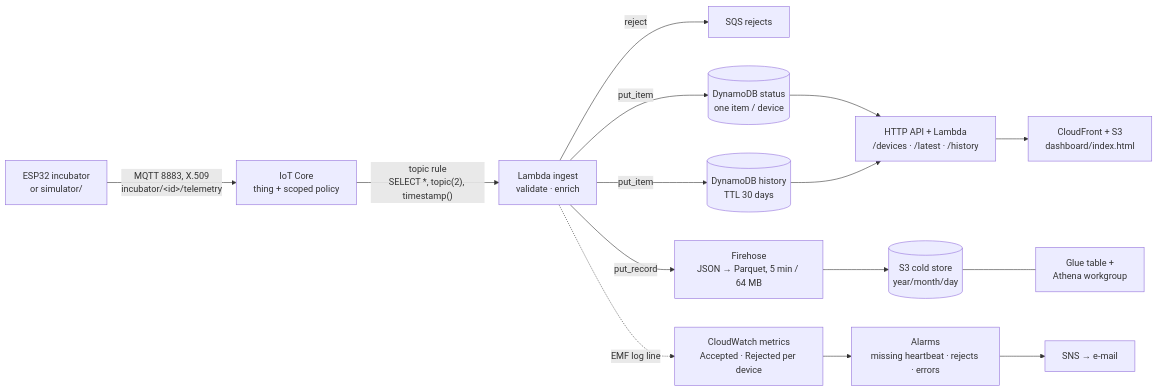
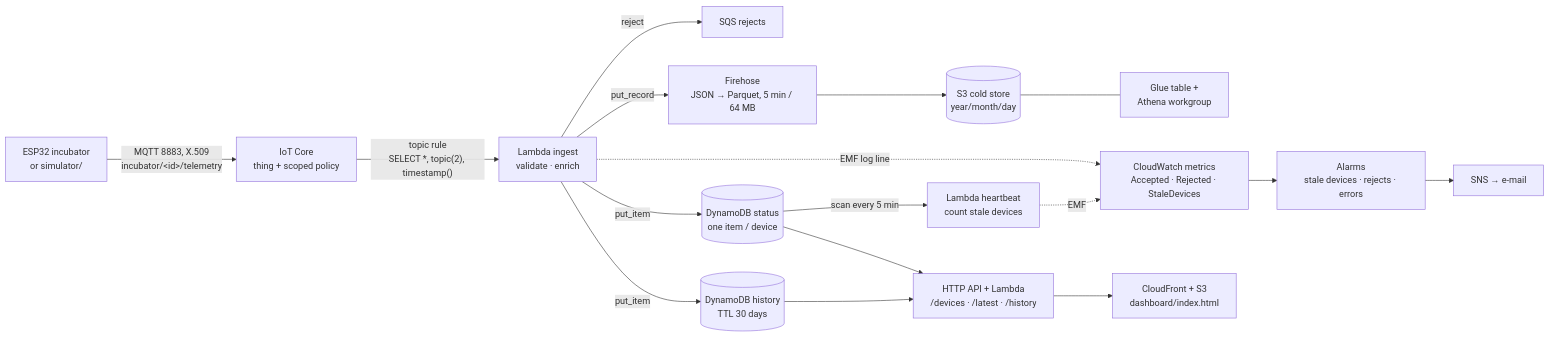
One commit to Mariam-zeqred/aws-iot-telemetry-pipeline changed the diagram in README.md. Above: the diagram before and after it, drawn with Mermaid. The commit also changed other lines of this file and 2 other files, not shown here.

Commit message:
cost.py: heartbeat scan line, both monitoring designs side by side, Firehose batching what-if; README cost section rewritten

````diff
--- a/README.md
+++ b/README.md
@@ -18,15 +18,16 @@
 ```mermaid
 flowchart LR
   D[ESP32 incubator<br/>or simulator/] -- "MQTT 8883, X.509<br/>incubator/&lt;id&gt;/telemetry" --> IOT[IoT Core<br/>thing + scoped policy]
   IOT -- "topic rule<br/>SELECT *, topic(2), timestamp()" --> L[Lambda ingest<br/>validate · enrich]
   L -- reject --> Q[SQS rejects]
   L -- put_item --> H[(DynamoDB history<br/>TTL 30 days)]
   L -- put_item --> S[(DynamoDB status<br/>one item / device)]
   L -- put_record --> F[Firehose<br/>JSON → Parquet, 5 min / 64 MB]
   F --> S3[(S3 cold store<br/>year/month/day)]
   S3 --- G[Glue table +<br/>Athena workgroup]
-  L -. EMF log line .-> CW[CloudWatch metrics<br/>Accepted · Rejected per device]
-  CW --> AL[Alarms<br/>missing heartbeat · rejects · errors] --> SNS[SNS → e-mail]
+  L -. EMF log line .-> CW[CloudWatch metrics<br/>Accepted · Rejected · StaleDevices]
+  S -- "scan every 5 min" --> HB[Lambda heartbeat<br/>count stale devices] -. EMF .-> CW
+  CW --> AL[Alarms<br/>stale devices · rejects · errors] --> SNS[SNS → e-mail]
   S & H --> API[HTTP API + Lambda<br/>/devices · /latest · /history]
   API --> CF[CloudFront + S3<br/>dashboard/index.html]
 ```
````
